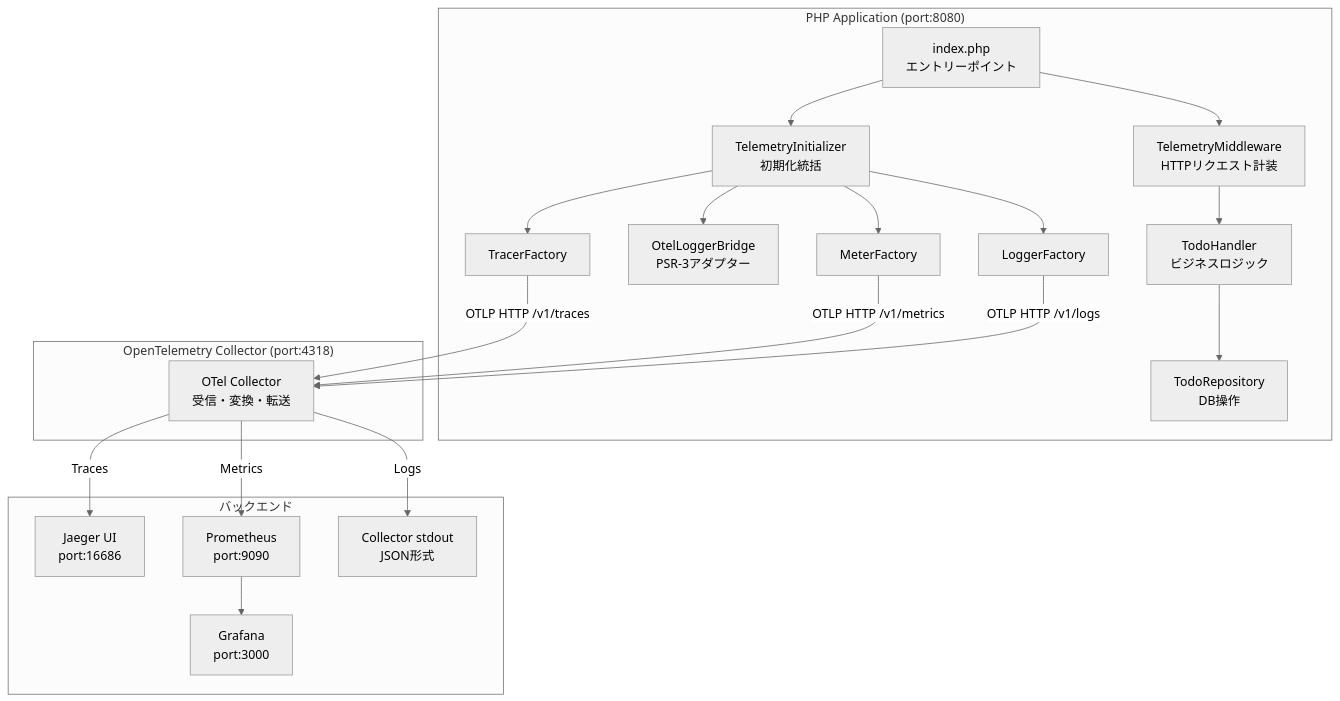
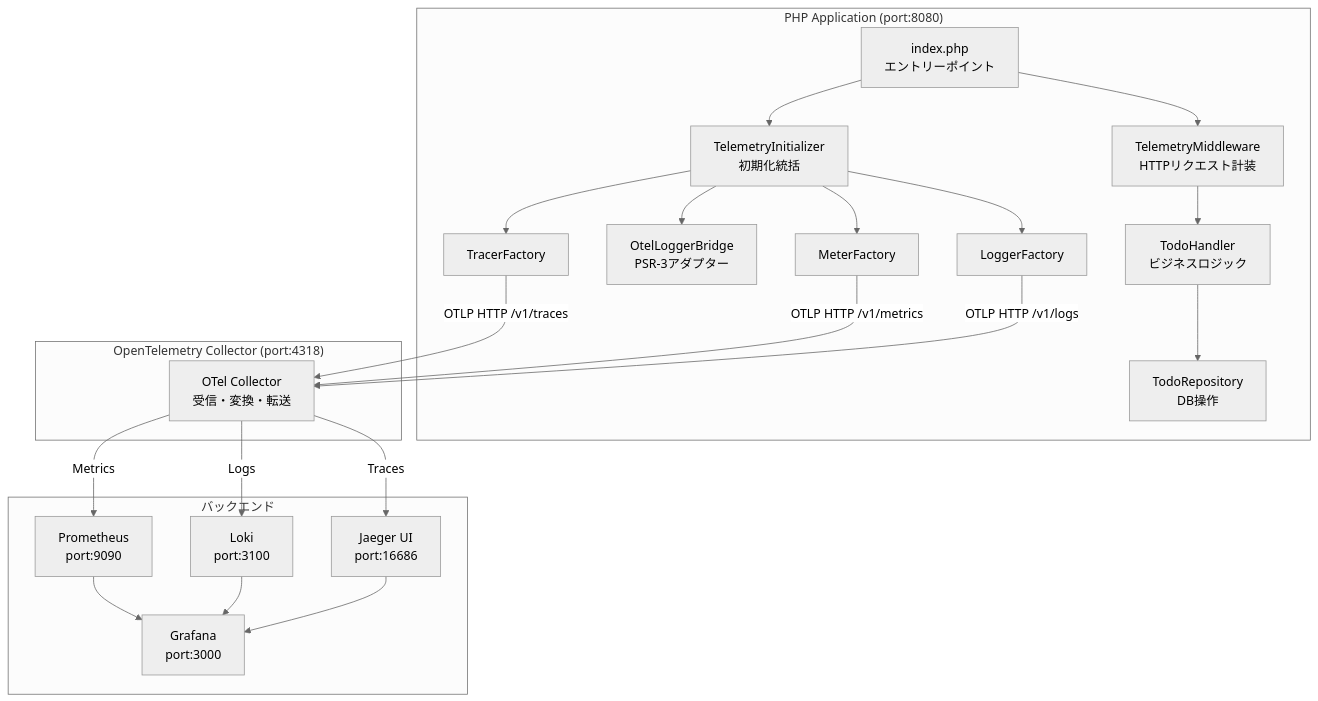
Before and after one commit to Fendo181/OpenTelemetryPractice: the first of 9 diagrams in simple-php-amp/docs/architecture.md, drawn with Mermaid (neutral theme). The commit also changed other lines of this file, not shown here.

Commit message:
update: アーキテクチャ図

````diff
--- a/simple-php-amp/docs/architecture.md
+++ b/simple-php-amp/docs/architecture.md
@@ -11,43 +11,45 @@
 ```mermaid
 graph TB
     subgraph "PHP Application (port:8080)"
         APP[index.php<br/>エントリーポイント]
         INIT[TelemetryInitializer<br/>初期化統括]
         MW[TelemetryMiddleware<br/>HTTPリクエスト計装]
         HANDLER[TodoHandler<br/>ビジネスロジック]
         REPO[TodoRepository<br/>DB操作]
         BRIDGE[OtelLoggerBridge<br/>PSR-3アダプター]
         TF[TracerFactory]
         MF[MeterFactory]
         LF[LoggerFactory]
     end
 
     subgraph "OpenTelemetry Collector (port:4318)"
         COL[OTel Collector<br/>受信・変換・転送]
     end
 
     subgraph "バックエンド"
         JAEGER[Jaeger UI<br/>port:16686]
         PROM[Prometheus<br/>port:9090]
+        LOKI[Loki<br/>port:3100]
         GRAFANA[Grafana<br/>port:3000]
-        STDOUT[Collector stdout<br/>JSON形式]
     end
 
     APP --> INIT
     INIT --> TF
     INIT --> MF
     INIT --> LF
     INIT --> BRIDGE
     APP --> MW
     MW --> HANDLER
     HANDLER --> REPO
 
     TF -- "OTLP HTTP /v1/traces" --> COL
     MF -- "OTLP HTTP /v1/metrics" --> COL
     LF -- "OTLP HTTP /v1/logs" --> COL
 
     COL -- "Traces" --> JAEGER
     COL -- "Metrics" --> PROM
-    COL -- "Logs" --> STDOUT
+    COL -- "Logs" --> LOKI
     PROM --> GRAFANA
+    LOKI --> GRAFANA
+    JAEGER --> GRAFANA
 ```
````
